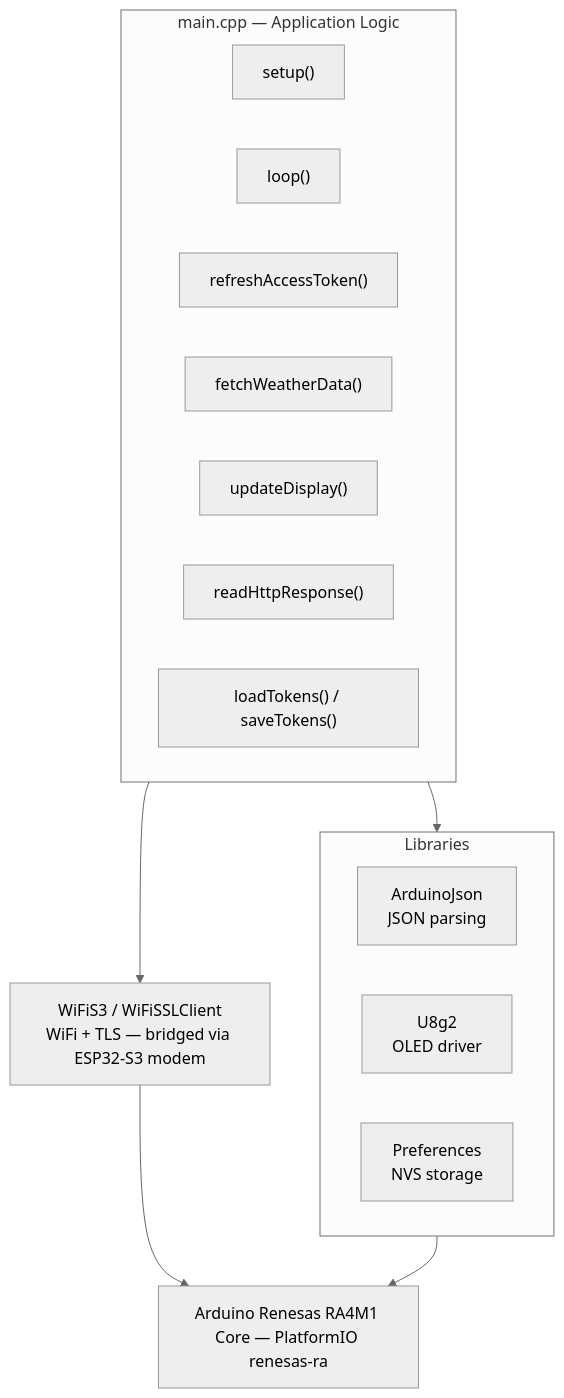
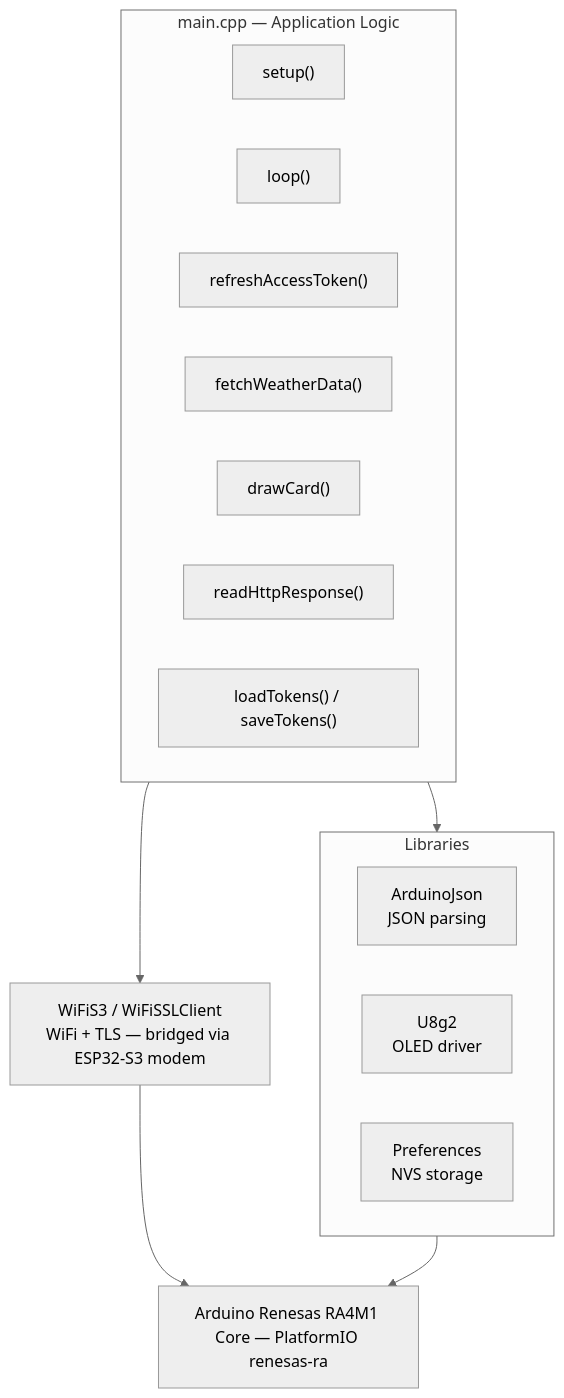
One commit to vcchstrandberg/netatmo-weather-api changed the fourth of 7 diagrams in README.md. Above: the diagram before and after it, drawn with Mermaid (neutral theme). The commit also changed other lines of this file, not shown here.

First line of the commit message:
Update README for rotating card display and non-blocking loop

````diff
--- a/README.md
+++ b/README.md
@@ -99,28 +99,28 @@
 ```mermaid
 flowchart TB
     subgraph main[main.cpp — Application Logic]
         direction LR
         setup["setup()"]
         loop["loop()"]
         refresh["refreshAccessToken()"]
         fetch["fetchWeatherData()"]
-        display["updateDisplay()"]
+        display["drawCard()"]
         read["readHttpResponse()"]
         tokens["loadTokens() / saveTokens()"]
     end
 
     subgraph libs[Libraries]
         direction LR
         json[ArduinoJson\nJSON parsing]
         u8g2[U8g2\nOLED driver]
         prefs[Preferences\nNVS storage]
     end
 
     wifi[WiFiS3 / WiFiSSLClient\nWiFi + TLS — bridged via ESP32-S3 modem]
     core[Arduino Renesas RA4M1 Core — PlatformIO renesas-ra]
 
     main --> libs
     main --> wifi
     libs --> core
     wifi --> core
 ```
````
